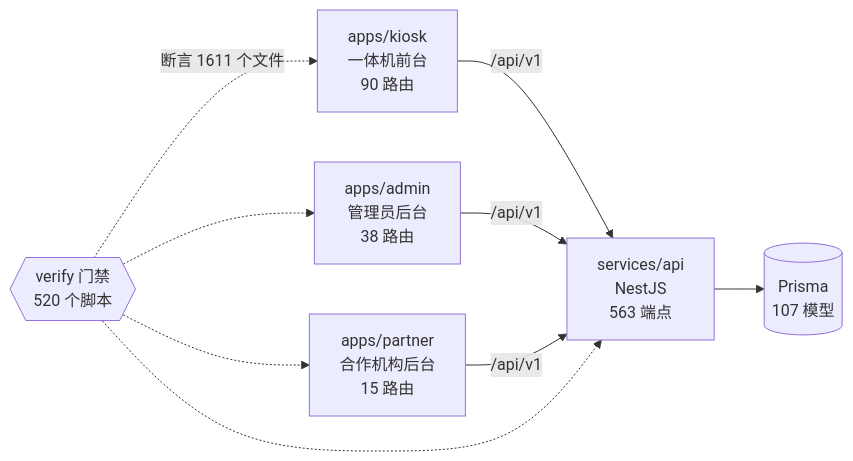
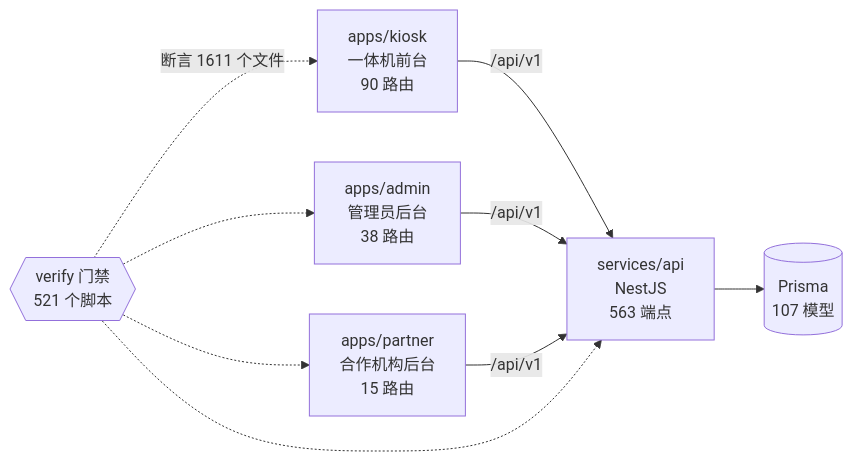
Before and after one commit to wanglei581/YITIJI: the diagram in docs/graph/README.md, drawn with Mermaid. The commit also changed other lines of this file and 2 other files, not shown here.

Commit message:
docs(progress): P1-2a 审查后补合同审查计量、不计量范围与软上限；重新生成图谱

````diff
--- a/docs/graph/README.md
+++ b/docs/graph/README.md
@@ -68,18 +68,18 @@
 ```mermaid
 flowchart LR
   kiosk["apps/kiosk<br/>一体机前台<br/>90 路由"]
   admin["apps/admin<br/>管理员后台<br/>38 路由"]
   partner["apps/partner<br/>合作机构后台<br/>15 路由"]
   api["services/api<br/>NestJS<br/>563 端点"]
   db[("Prisma<br/>107 模型")]
-  gates{{"verify 门禁<br/>520 个脚本"}}
+  gates{{"verify 门禁<br/>521 个脚本"}}
 
   kiosk -->|"/api/v1"| api
   admin -->|"/api/v1"| api
   partner -->|"/api/v1"| api
   api --> db
   gates -.->|"断言 1611 个文件"| kiosk
   gates -.-> admin
   gates -.-> partner
   gates -.-> api
 ```
````
